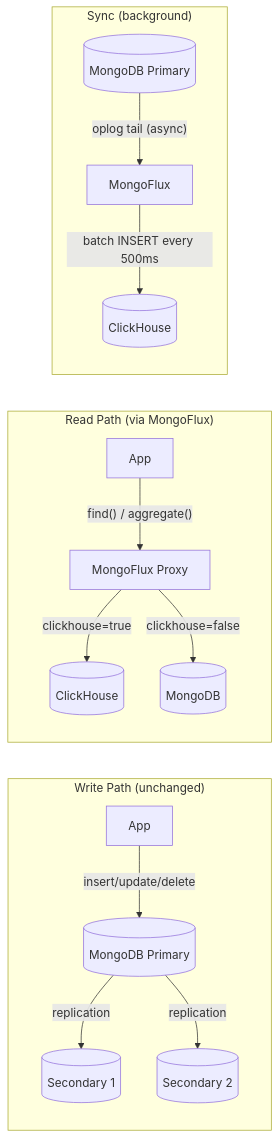
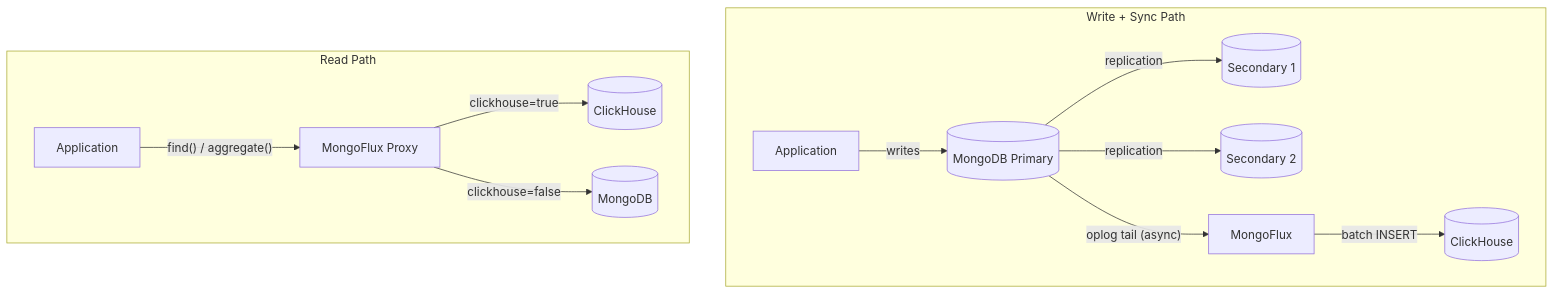
Before and after one commit to mrityunjaysharma/mongo-flux: the first of 2 diagrams in README.md, drawn with Mermaid.

````diff
--- a/README.md
+++ b/README.md
@@ -17,19 +17,16 @@
 ```mermaid
-flowchart LR
-    subgraph writes ["Write Path (unchanged)"]
-        APP1[App] -->|insert/update/delete| MGP[(MongoDB Primary)]
+flowchart TD
+    subgraph write_sync ["Write + Sync Path"]
+        APP1[Application] -->|"writes"| MGP[(MongoDB Primary)]
         MGP -->|replication| S1[(Secondary 1)]
         MGP -->|replication| S2[(Secondary 2)]
+        MGP -->|"oplog tail (async)"| MF[MongoFlux]
+        MF -->|"batch INSERT"| CH[(ClickHouse)]
     end
 
-    subgraph reads ["Read Path (via MongoFlux)"]
-        APP2[App] -->|"find() / aggregate()"| MF[MongoFlux Proxy]
-        MF -->|"clickhouse=true"| CH[(ClickHouse)]
-        MF -->|"clickhouse=false"| MGP2[(MongoDB)]
-    end
-
-    subgraph sync ["Sync (background)"]
-        MGP3[(MongoDB Primary)] -->|"oplog tail (async)"| MF2[MongoFlux]
-        MF2 -->|"batch INSERT every 500ms"| CH2[(ClickHouse)]
+    subgraph read_path ["Read Path"]
+        APP2[Application] -->|"find() / aggregate()"| MF2[MongoFlux Proxy]
+        MF2 -->|"clickhouse=true"| CH2[(ClickHouse)]
+        MF2 -->|"clickhouse=false"| MGP2[(MongoDB)]
     end
 ```
````
